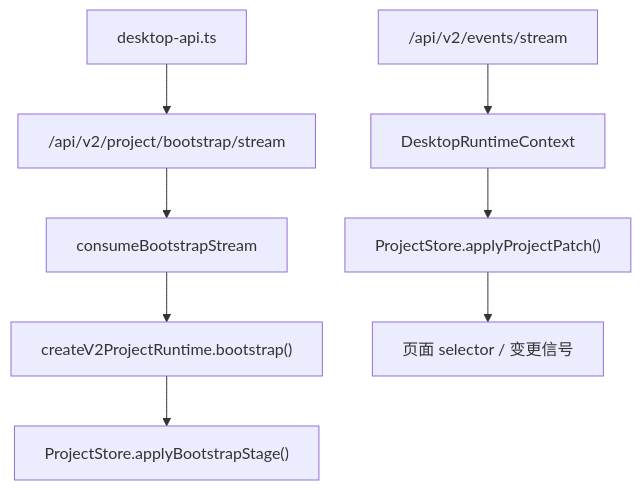
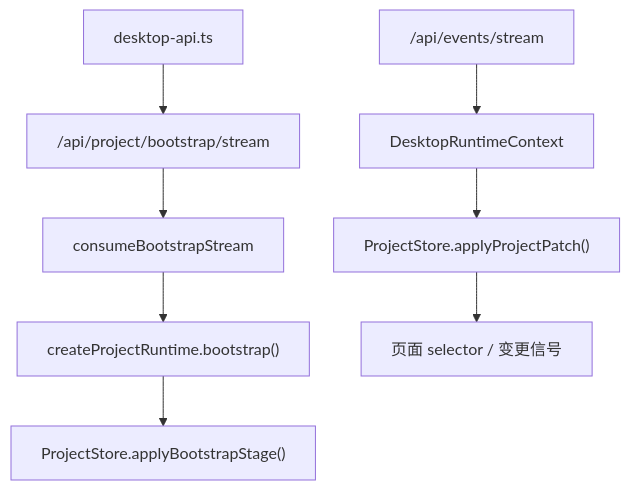
One commit to neavo/LinguaGacha changed the diagram in frontend/src/renderer/app/project-runtime/SPEC.md. Above: the diagram before and after it, drawn with Mermaid. The commit also changed other lines of this file and 237 other files, not shown here.

````diff
--- a/frontend/src/renderer/app/project-runtime/SPEC.md
+++ b/frontend/src/renderer/app/project-runtime/SPEC.md
@@ -24,10 +24,10 @@
 ```mermaid
 flowchart TD
-    A["desktop-api.ts"] --> B["/api/v2/project/bootstrap/stream"]
+    A["desktop-api.ts"] --> B["/api/project/bootstrap/stream"]
     B --> C["consumeBootstrapStream"]
-    C --> D["createV2ProjectRuntime.bootstrap()"]
+    C --> D["createProjectRuntime.bootstrap()"]
     D --> E["ProjectStore.applyBootstrapStage()"]
-    F["/api/v2/events/stream"] --> G["DesktopRuntimeContext"]
+    F["/api/events/stream"] --> G["DesktopRuntimeContext"]
     G --> H["ProjectStore.applyProjectPatch()"]
     H --> I["页面 selector / 变更信号"]
 ```
````
